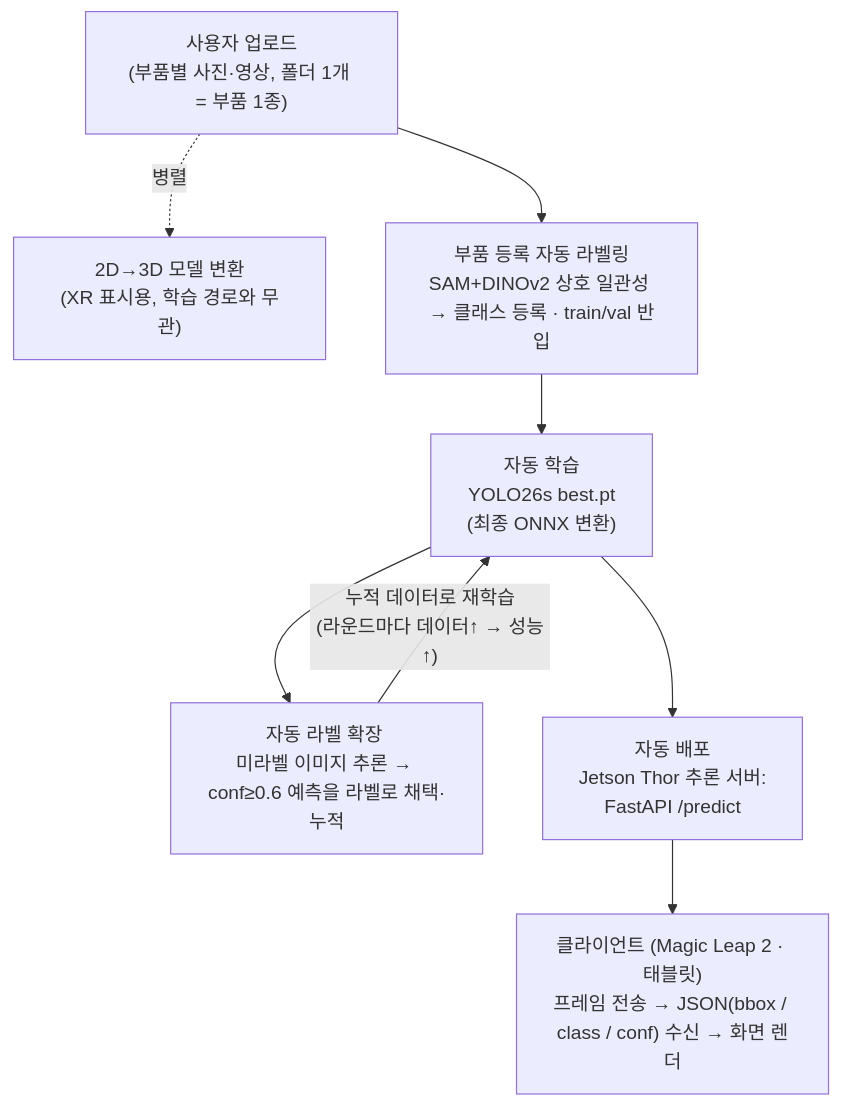
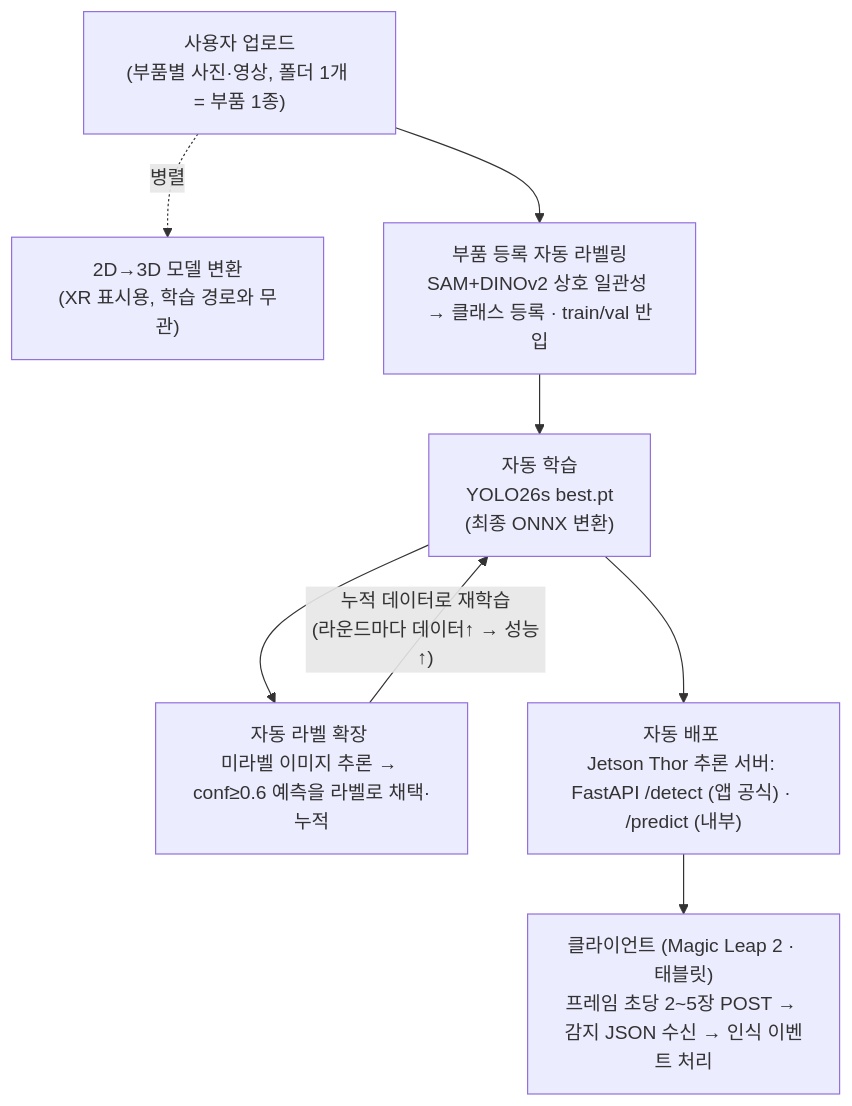
One commit to ev1025/auto_annotation_learning changed the diagram in README.md. Above: the diagram before and after it, drawn with Mermaid. The commit also changed other lines of this file and 63 other files, not shown here.

````diff
--- a/README.md
+++ b/README.md
@@ -32,15 +32,15 @@
 ```mermaid
 flowchart TD
     A["사용자 업로드<br/>(부품별 사진·영상, 폴더 1개 = 부품 1종)"]
     A2["2D→3D 모델 변환<br/>(XR 표시용, 학습 경로와 무관)"]
     B["부품 등록 자동 라벨링<br/>SAM+DINOv2 상호 일관성 → 클래스 등록 · train/val 반입"]
     C["자동 학습<br/>YOLO26s best.pt <br/>(최종 ONNX 변환)"]
     D["자동 라벨 확장 <br/>미라벨 이미지 추론 → conf≥0.6 예측을 라벨로 채택·누적"]
-    E["자동 배포 <br/>Jetson Thor 추론 서버: <br/>FastAPI /predict"]
-    F["클라이언트 (Magic Leap 2 · 태블릿)<br/>프레임 전송 → JSON(bbox / class / conf) 수신 → 화면 렌더"]
+    E["자동 배포 <br/>Jetson Thor 추론 서버: <br/>FastAPI /detect (앱 공식) · /predict (내부)"]
+    F["클라이언트 (Magic Leap 2 · 태블릿)<br/>프레임 초당 2~5장 POST → 감지 JSON 수신 → 인식 이벤트 처리"]
 
     A --> B --> C --> D
     A -. 병렬 .-> A2
     D -- "누적 데이터로 재학습<br/>(라운드마다 데이터↑ → 성능↑)" --> C
     C --> E --> F
 ```
````
